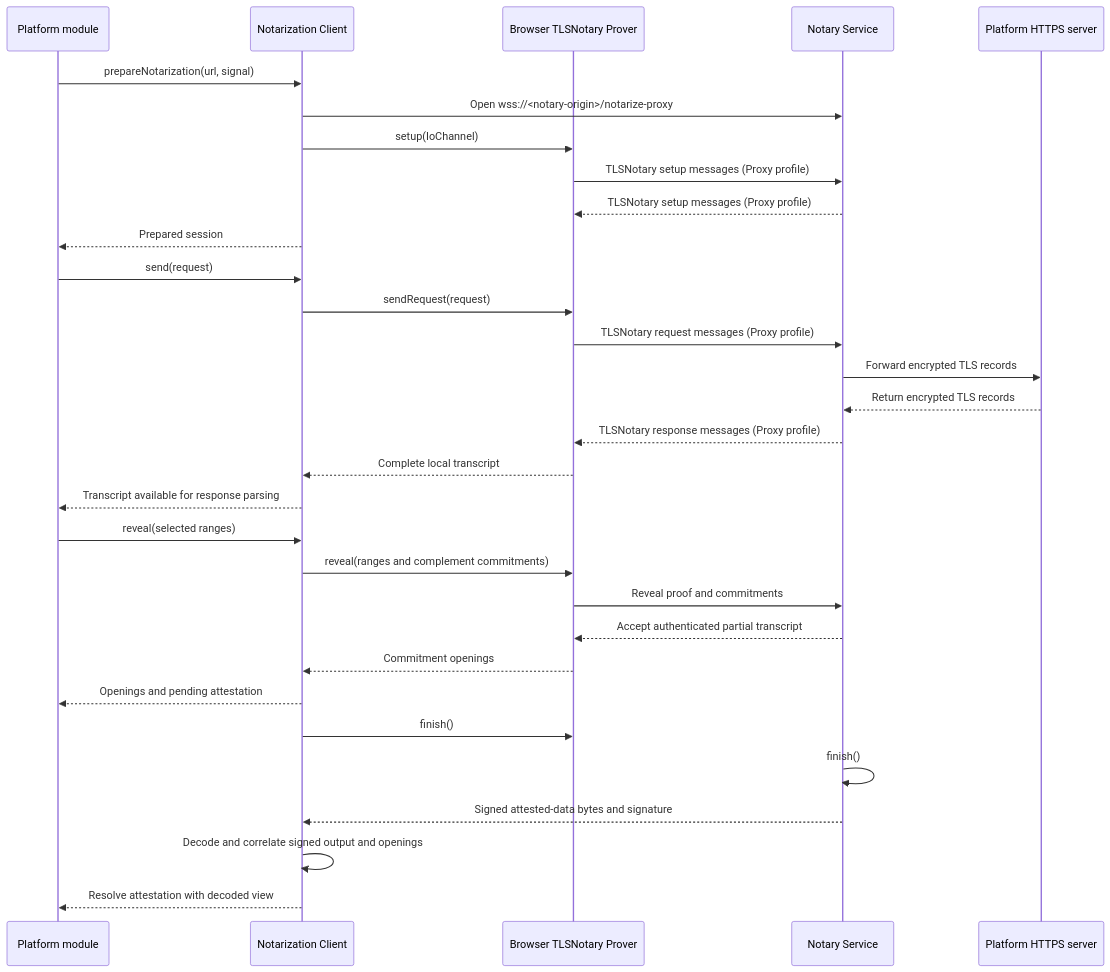
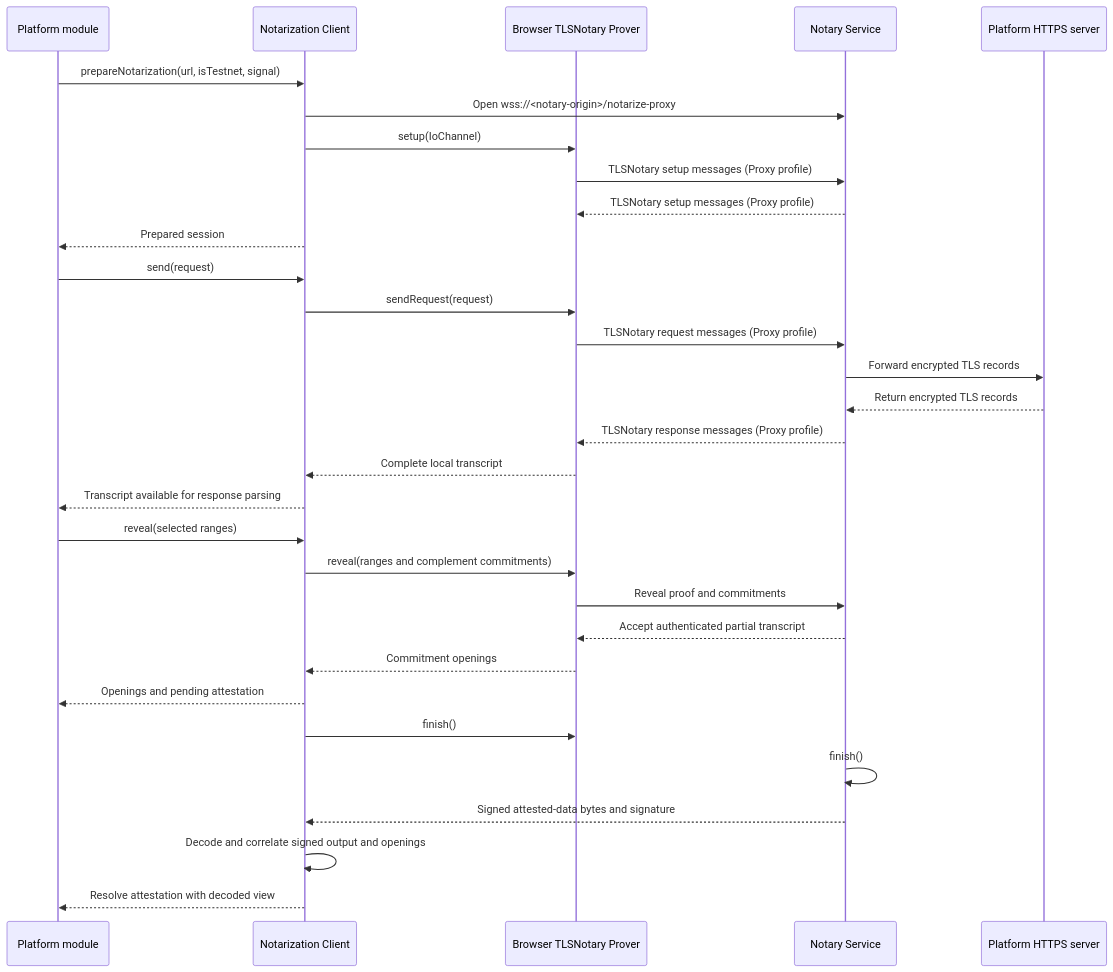
The diagram in ts/packages/ceremony/NOTARIZATION.md (libid-org/libid), drawn with Mermaid before and after one commit. The commit also changed other lines of this file and 6 other files, not shown here.

````diff
--- a/ts/packages/ceremony/NOTARIZATION.md
+++ b/ts/packages/ceremony/NOTARIZATION.md
@@ -291,34 +312,34 @@
 ```mermaid
 sequenceDiagram
     participant M as Platform module
     participant T as Notarization Client
     participant W as Browser TLSNotary Prover
     participant N as Notary Service
     participant P as Platform HTTPS server
 
-    M->>T: prepareNotarization(url, signal)
+    M->>T: prepareNotarization(url, isTestnet, signal)
     T->>N: Open wss://<notary-origin>/notarize-proxy
     T->>W: setup(IoChannel)
     W->>N: TLSNotary setup messages (Proxy profile)
     N-->>W: TLSNotary setup messages (Proxy profile)
     T-->>M: Prepared session
     M->>T: send(request)
     T->>W: sendRequest(request)
     W->>N: TLSNotary request messages (Proxy profile)
     N->>P: Forward encrypted TLS records
     P-->>N: Return encrypted TLS records
     N-->>W: TLSNotary response messages (Proxy profile)
     W-->>T: Complete local transcript
     T-->>M: Transcript available for response parsing
     M->>T: reveal(selected ranges)
     T->>W: reveal(ranges and complement commitments)
     W->>N: Reveal proof and commitments
     N-->>W: Accept authenticated partial transcript
     W-->>T: Commitment openings
     T-->>M: Openings and pending attestation
     T->>W: finish()
     N->>N: finish()
     N-->>T: Signed attested-data bytes and signature
     T->>T: Decode and correlate signed output and openings
     T-->>M: Resolve attestation with decoded view
 ```
````
